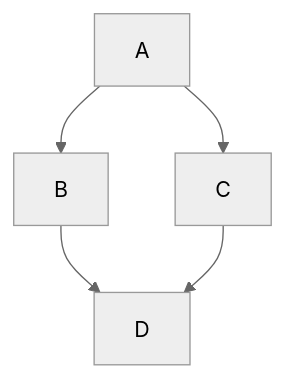
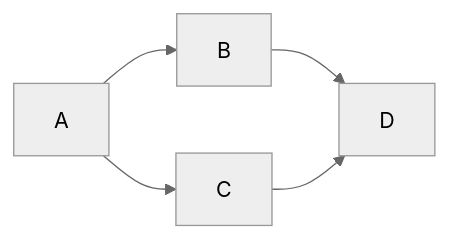
Before and after one commit to dvasiliu/Example: the first of 2 diagrams in index.md, drawn with Mermaid (neutral theme).

````diff
--- a/index.md
+++ b/index.md
@@ -74,7 +74,7 @@
 ```mermaid
-graph TD;
+graph LR;
     A[A]-->B[B];
     A[A]-->C[C];
     B[B]-->D[D];
     C[C]-->D[D];
 ```
````
